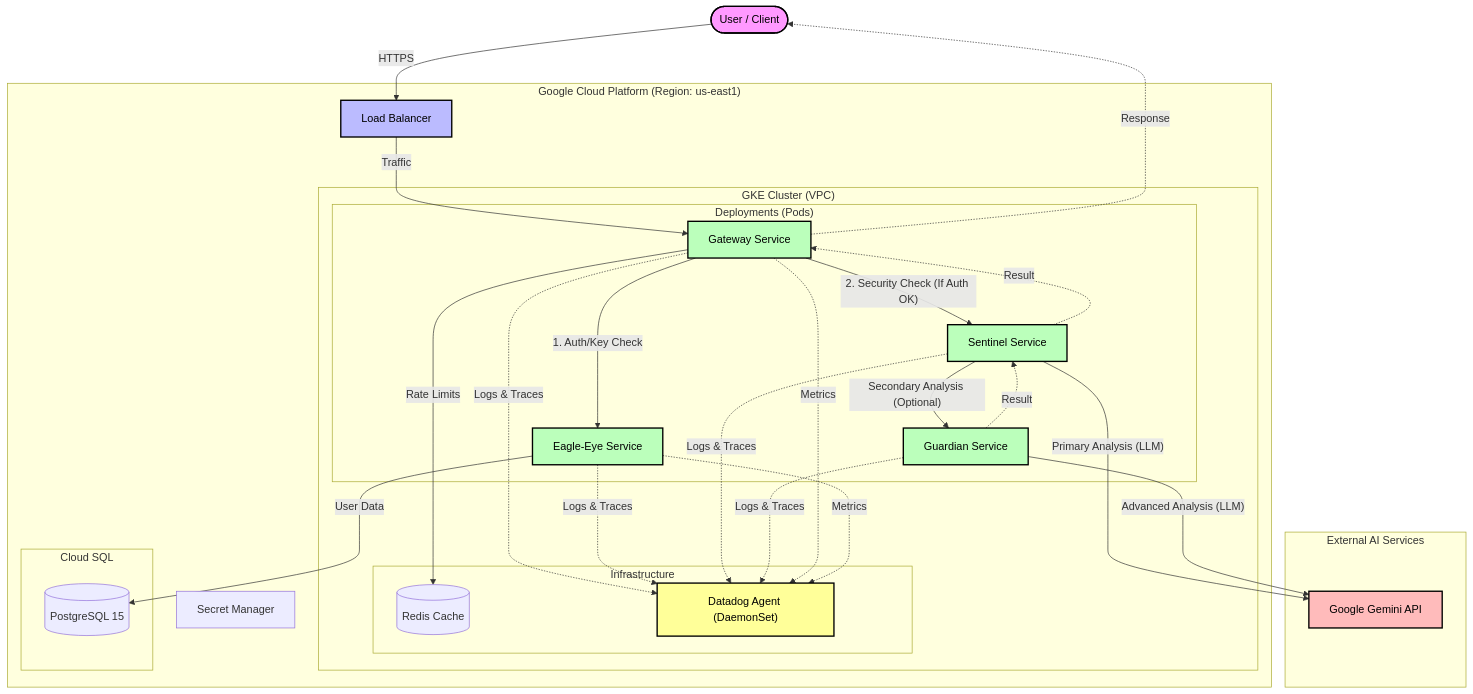
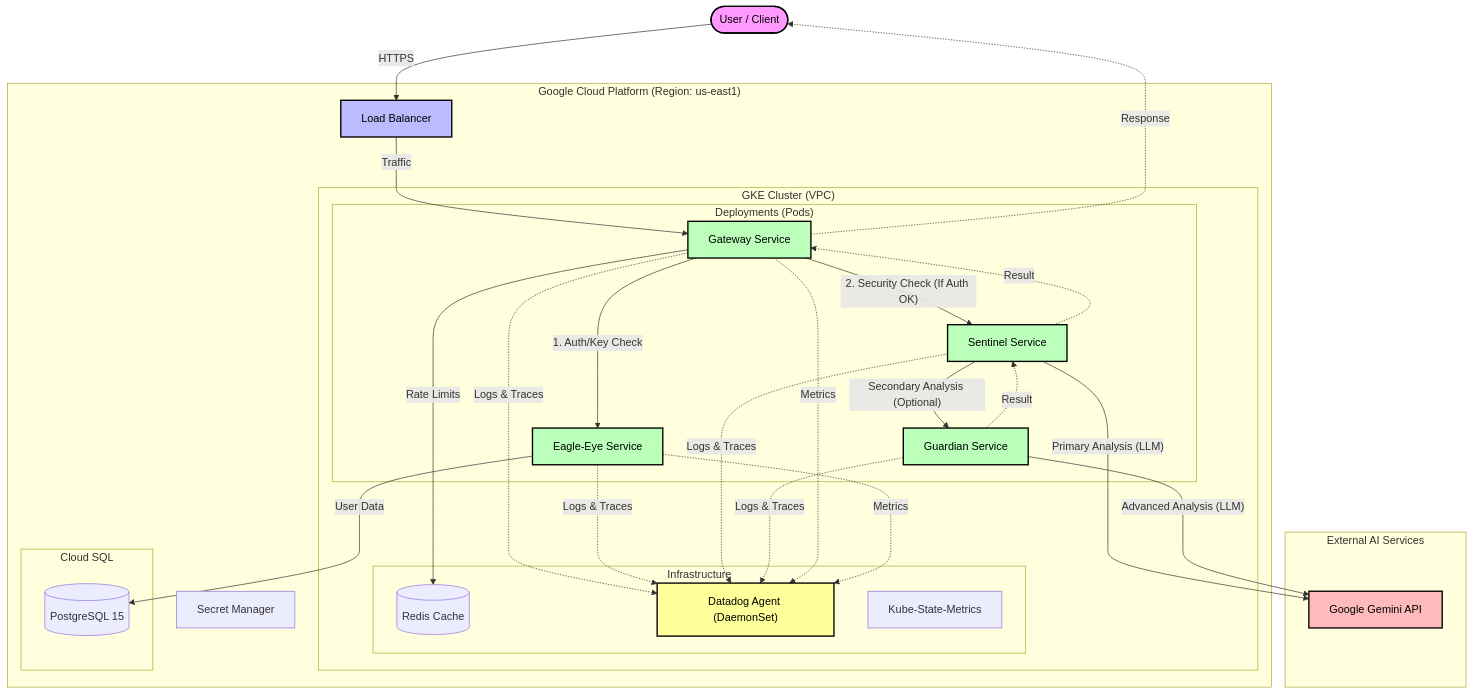
The first of 2 diagrams in README.md (ClestiqShield/Terraform), drawn with Mermaid before and after one commit. The commit also changed other lines of this file, not shown here.

````diff
--- a/README.md
+++ b/README.md
@@ -19,73 +19,74 @@
 ```mermaid
 graph TD
     User([User / Client])
     
     subgraph "Google Cloud Platform (Region: us-east1)"
         LB[Load Balancer]
         
         subgraph "GKE Cluster (VPC)"
             subgraph "Deployments (Pods)"
                 Gateway[Gateway Service]
                 EagleEye[Eagle-Eye Service]
                 Sentinel[Sentinel Service]
                 Guardian[Guardian Service]
             end
             
             subgraph "Infrastructure"
                 Redis[(Redis Cache)]
                 DD["Datadog Agent (DaemonSet)"]
+                KSM["Kube-State-Metrics"]
             end
         end
         
         subgraph "Cloud SQL"
             DB[(PostgreSQL 15)]
         end
         
         Secrets[Secret Manager]
     end
     
     subgraph "External AI Services"
         Gemini[Google Gemini API]
     end
 
     %% Request Flow
     User -- HTTPS --> LB
     LB -- Traffic --> Gateway
     
     %% Gateway Logic
     Gateway -- Rate Limits --> Redis
     Gateway -- 1. Auth/Key Check --> EagleEye
     EagleEye -- User Data --> DB
     
     Gateway -- 2. Security Check (If Auth OK) --> Sentinel
     
     %% Security & AI Logic
     Sentinel -- Primary Analysis (LLM) --> Gemini
     Sentinel -- Secondary Analysis (Optional) --> Guardian
     Guardian -- Advanced Analysis (LLM) --> Gemini
     
     %% Returns
     Guardian -. Result .-> Sentinel
     Sentinel -. Result .-> Gateway
     Gateway -. Response .-> User
 
     %% Observability (Datadog)
     %% Logs & Traces for All
     Gateway -. Logs & Traces .-> DD
     EagleEye -. Logs & Traces .-> DD
     Sentinel -. Logs & Traces .-> DD
     Guardian -. Logs & Traces .-> DD
     
     %% Metrics Only for Gateway & EagleEye
     Gateway -. Metrics .-> DD
     EagleEye -. Metrics .-> DD
     
     style User fill:#f9f,stroke:#000,stroke-width:2px,color:#000
     style LB fill:#bbf,stroke:#000,stroke-width:2px,color:#000
     style Gateway fill:#bfb,stroke:#000,stroke-width:2px,color:#000
     style EagleEye fill:#bfb,stroke:#000,stroke-width:2px,color:#000
     style Sentinel fill:#bfb,stroke:#000,stroke-width:2px,color:#000
     style Guardian fill:#bfb,stroke:#000,stroke-width:2px,color:#000
     style Gemini fill:#fbb,stroke:#000,stroke-width:2px,color:#000
     style DD fill:#ff9,stroke:#000,stroke-width:2px,color:#000
 ```
````
